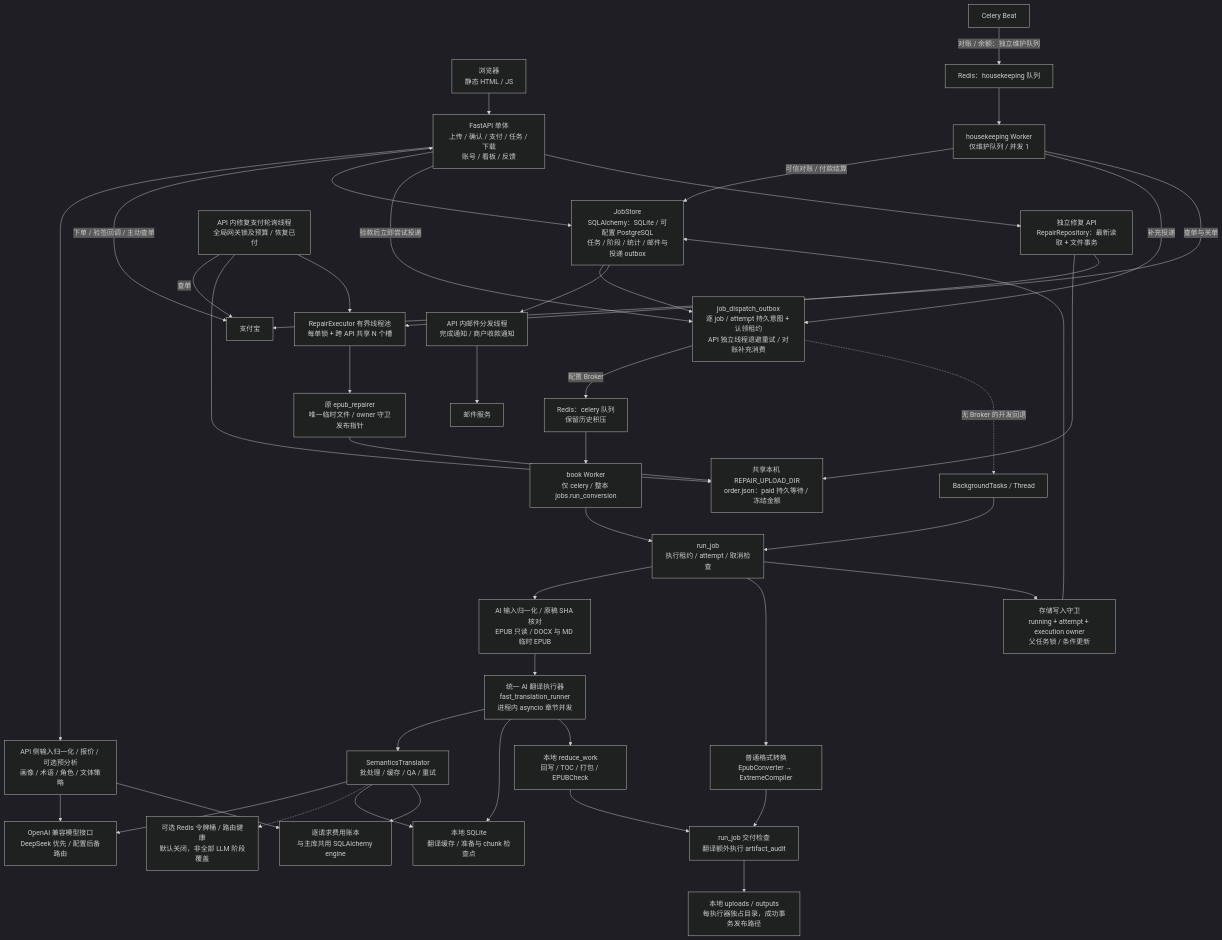
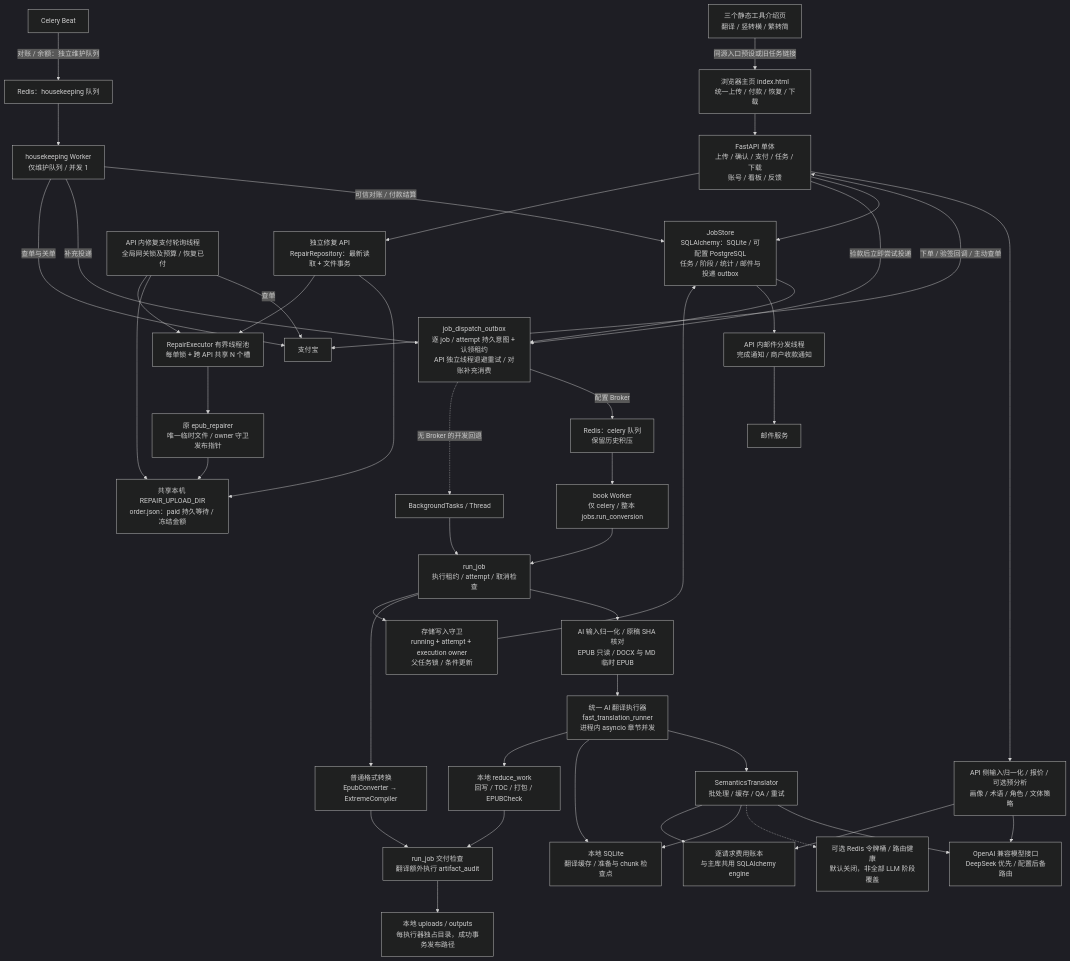
Before and after one commit to zengchanghuan/epub-factory: the first of 6 diagrams in docs/ARCHITECTURE-DIAGRAM.md, drawn with Mermaid (dark theme). The commit also changed other lines of this file and 14 other files, not shown here.

````diff
--- a/docs/ARCHITECTURE-DIAGRAM.md
+++ b/docs/ARCHITECTURE-DIAGRAM.md
@@ -21,46 +21,47 @@
 ```mermaid
 flowchart TB
-  U["浏览器<br/>静态 HTML / JS"] --> API["FastAPI 单体<br/>上传 / 确认 / 支付 / 任务 / 下载<br/>账号 / 看板 / 反馈"]
+  SEO["三个静态工具介绍页<br/>翻译 / 竖转横 / 繁转简"] -->|"同源入口预设或旧任务链接"| U["浏览器主页 index.html<br/>统一上传 / 付款 / 恢复 / 下载"]
+  U --> API["FastAPI 单体<br/>上传 / 确认 / 支付 / 任务 / 下载<br/>账号 / 看板 / 反馈"]
   API --> Preflight["API 侧输入归一化 / 报价 / 可选预分析<br/>画像 / 术语 / 角色 / 文体策略"]
   Preflight --> LLM["OpenAI 兼容模型接口<br/>DeepSeek 优先 / 配置后备路由"]
   API <-->|"下单 / 验签回调 / 主动查单"| Pay["支付宝"]
   API --> Store["JobStore<br/>SQLAlchemy：SQLite / 可配置 PostgreSQL<br/>任务 / 阶段 / 统计 / 邮件与投递 outbox"]
   Store --> Dispatch["job_dispatch_outbox<br/>逐 job / attempt 持久意图 + 认领租约<br/>API 独立线程退避重试 / 对账补充消费"]
   API -->|"验款后立即尝试投递"| Dispatch
   Dispatch -->|"配置 Broker"| BookQueue["Redis：celery 队列<br/>保留历史积压"]
   BookQueue --> Worker["book Worker<br/>仅 celery / 整本 jobs.run_conversion"]
   HouseQueue["Redis：housekeeping 队列"] --> HouseWorker["housekeeping Worker<br/>仅维护队列 / 并发 1"]
   HouseWorker -->|"可信对账 / 付款结算"| Store
   HouseWorker -->|"补充投递"| Dispatch
   HouseWorker -->|"查单与关单"| Pay
   Dispatch -.->|"无 Broker 的开发回退"| Local["BackgroundTasks / Thread"]
   Worker --> Runner["run_job<br/>执行租约 / attempt / 取消检查"]
   Local --> Runner
   Runner --> Normalize["AI 输入归一化 / 原稿 SHA 核对<br/>EPUB 只读 / DOCX 与 MD 临时 EPUB"]
   Normalize --> Fast["统一 AI 翻译执行器<br/>fast_translation_runner<br/>进程内 asyncio 章节并发"]
   Runner --> Standard["普通格式转换<br/>EpubConverter → ExtremeCompiler"]
   Fast --> Translator["SemanticsTranslator<br/>批处理 / 缓存 / QA / 重试"]
   Translator --> LLM
   Translator -.-> Guard["可选 Redis 令牌桶 / 路由健康<br/>默认关闭，非全部 LLM 阶段覆盖"]
   Fast --> Cache["本地 SQLite<br/>翻译缓存 / 准备与 chunk 检查点"]
   Translator --> Cache
   Fast --> Reduce["本地 reduce_work<br/>回写 / TOC / 打包 / EPUBCheck"]
   Standard --> Gate["run_job 交付检查<br/>翻译额外执行 artifact_audit"]
   Reduce --> Gate
   Gate --> Files["本地 uploads / outputs<br/>每执行器独占目录，成功事务发布路径"]
   Runner --> Fence["存储写入守卫<br/>running + attempt + execution owner<br/>父任务锁 / 条件更新"]
   Fence --> Store
   Preflight --> Ledger["逐请求费用账本<br/>与主库共用 SQLAlchemy engine"]
   Translator --> Ledger
   API --> Repair["独立修复 API<br/>RepairRepository：最新读取 + 文件事务"]
   Repair --> RepairStore["共享本机 REPAIR_UPLOAD_DIR<br/>order.json：paid 持久等待 / 冻结金额"]
   RepairWorker["API 内修复支付轮询线程<br/>全局网关锁及预算 / 恢复已付"] -->|"查单"| Pay
   RepairWorker --> RepairStore
   Repair --> RepairExecutor["RepairExecutor 有界线程池<br/>每单锁 + 跨 API 共享 N 个槽"]
   RepairWorker --> RepairExecutor
   RepairExecutor --> RepairEngine["原 epub_repairer<br/>唯一临时文件 / owner 守卫发布指针"]
   RepairEngine --> RepairStore
   Store --> Mail["API 内邮件分发线程<br/>完成通知 / 商户收款通知"]
   Mail --> SMTP["邮件服务"]
   Beat["Celery Beat"] -->|"对账 / 余额：独立维护队列"| HouseQueue
 ```
````
